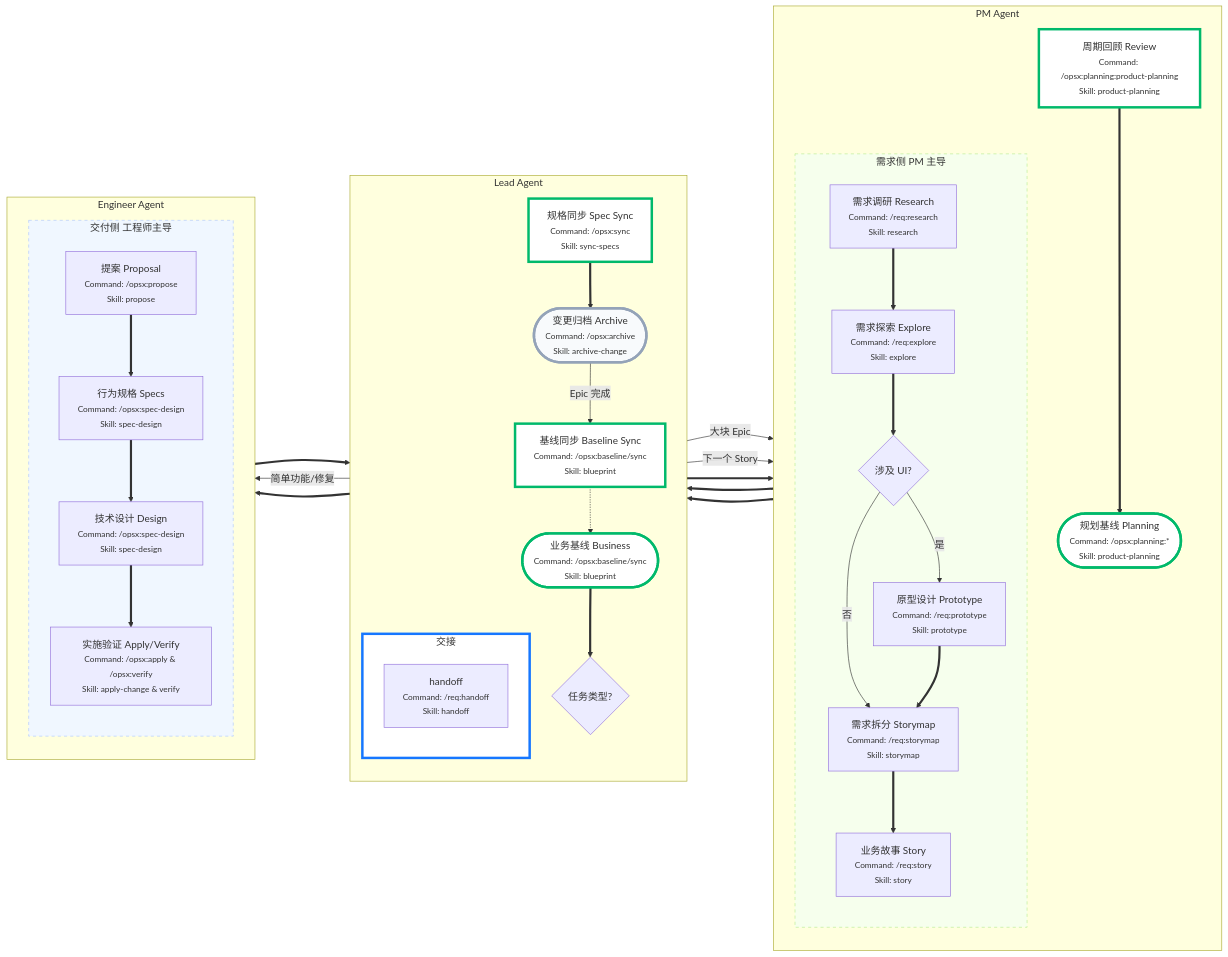
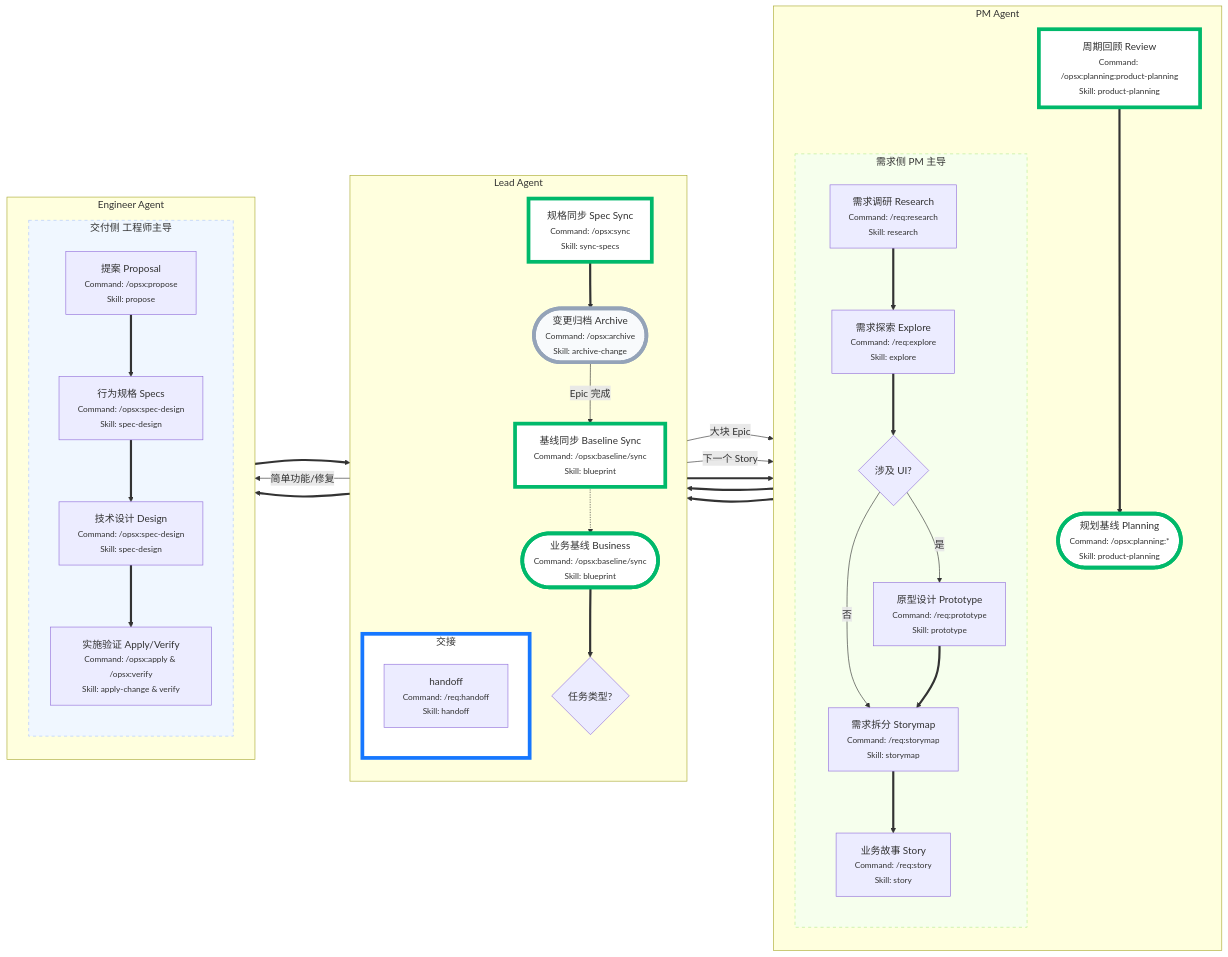
One commit to jkang/openspec-example changed the third of 3 diagrams in learning-sdd/TALK_PRD_TO_SPECS.md. Above: the diagram before and after it, drawn with Mermaid. The commit also changed other lines of this file and 1 other file, not shown here.

Commit message:
Update flow

````diff
--- a/learning-sdd/TALK_PRD_TO_SPECS.md
+++ b/learning-sdd/TALK_PRD_TO_SPECS.md
@@ -130,62 +130,62 @@
 ```mermaid
 flowchart LR
     subgraph PMAgent3 [PM Agent]
         direction TB
         A([规划基线 Planning<br/><small>Command: /opsx:planning:*<br/>Skill: product-planning</small>])
         subgraph ReqSide [需求侧 PM 主导]
             direction TB
             P1[需求调研 Research<br/><small>Command: /req:research<br/>Skill: research</small>] ==> P2[需求探索 Explore<br/><small>Command: /req:explore<br/>Skill: explore</small>]
             P2 ==> P4{涉及 UI?}
             P4 -- 是 --> P5[原型设计 Prototype<br/><small>Command: /req:prototype<br/>Skill: prototype</small>]
             P4 -- 否 --> P3[需求拆分 Storymap<br/><small>Command: /req:storymap<br/>Skill: storymap</small>]
             P5 ==> P3
             P3 ==> P6[业务故事 Story<br/><small>Command: /req:story<br/>Skill: story</small>]
         end
         M[周期回顾 Review<br/><small>Command: /opsx:planning:product-planning<br/>Skill: product-planning</small>]
     end
 
     subgraph LeadAgent3 [Lead Agent]
         direction TB
         B([业务基线 Business<br/><small>Command: /opsx:baseline/sync<br/>Skill: blueprint</small>])
         R{任务类型?}
         subgraph HandoffZone [交接]
             H1[handoff<br/><small>Command: /req:handoff<br/>Skill: handoff</small>]
         end
         K1[规格同步 Spec Sync<br/><small>Command: /opsx:sync<br/>Skill: sync-specs</small>]
         L([变更归档 Archive<br/><small>Command: /opsx:archive<br/>Skill: archive-change</small>])
         K2[基线同步 Baseline Sync<br/><small>Command: /opsx:baseline/sync<br/>Skill: blueprint</small>]
     end
 
     subgraph EngineerAgent3 [Engineer Agent]
         direction TB
         subgraph DevSide [交付侧 工程师主导]
             direction TB
             D1[提案 Proposal<br/><small>Command: /opsx:propose<br/>Skill: propose</small>] ==> D2[行为规格 Specs<br/><small>Command: /opsx:spec-design<br/>Skill: spec-design</small>]
             D2 ==> D3[技术设计 Design<br/><small>Command: /opsx:spec-design<br/>Skill: spec-design</small>]
             D3 ==> D4[实施验证 Apply/Verify<br/><small>Command: /opsx:apply & /opsx:verify<br/>Skill: apply-change & verify</small>]
         end
     end
 
     A ==> B ==> R
     R -- 大块 Epic --> P1
     R -- 简单功能/修复 --> D1
 
     P6 ==> H1 ==> D1
 
     D4 ==> K1 ==> L
 
     L -- 下一个 Story --> P6
     L -- Epic 完成 --> K2
     K2 -.-> B
     K2 ==> M ==> A
 
-    style A fill:#fff,stroke:#00b96b,stroke-width:4px
-    style B fill:#fff,stroke:#00b96b,stroke-width:4px
+    style A fill:#fff,stroke:#00b96b,stroke-width:6px
+    style B fill:#fff,stroke:#00b96b,stroke-width:6px
     style ReqSide fill:#f6ffed,stroke:#b7eb8f,stroke-dasharray: 5 5
     style DevSide fill:#f0f7ff,stroke:#adc6ff,stroke-dasharray: 5 5
-    style HandoffZone fill:#fff,stroke:#1677ff,stroke-width:4px
-    style K1 fill:#fff,stroke:#00b96b,stroke-width:4px
-    style L fill:#f8fafc,stroke:#94a3b8,stroke-width:4px
-    style K2 fill:#fff,stroke:#00b96b,stroke-width:4px
-    style M fill:#fff,stroke:#00b96b,stroke-width:4px
+    style HandoffZone fill:#fff,stroke:#1677ff,stroke-width:6px
+    style K1 fill:#fff,stroke:#00b96b,stroke-width:6px
+    style L fill:#f8fafc,stroke:#94a3b8,stroke-width:6px
+    style K2 fill:#fff,stroke:#00b96b,stroke-width:6px
+    style M fill:#fff,stroke:#00b96b,stroke-width:6px
 ```
````
